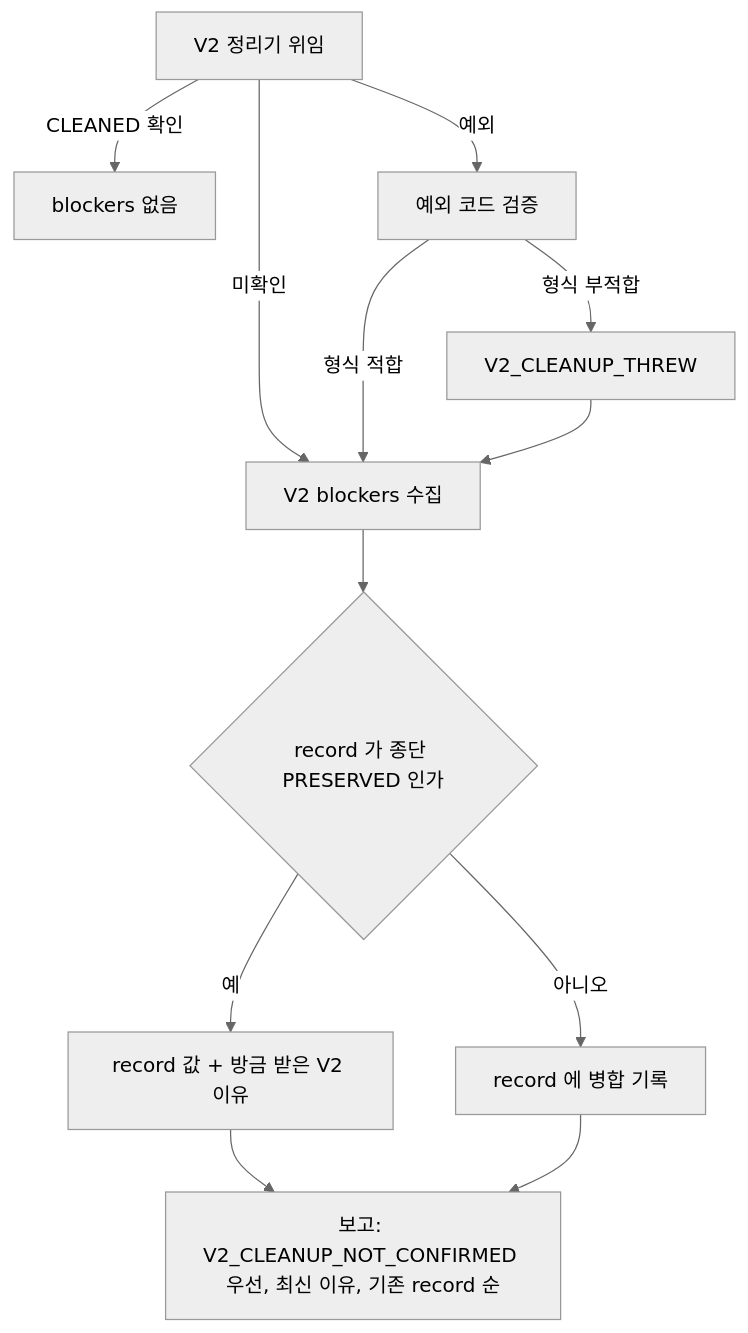
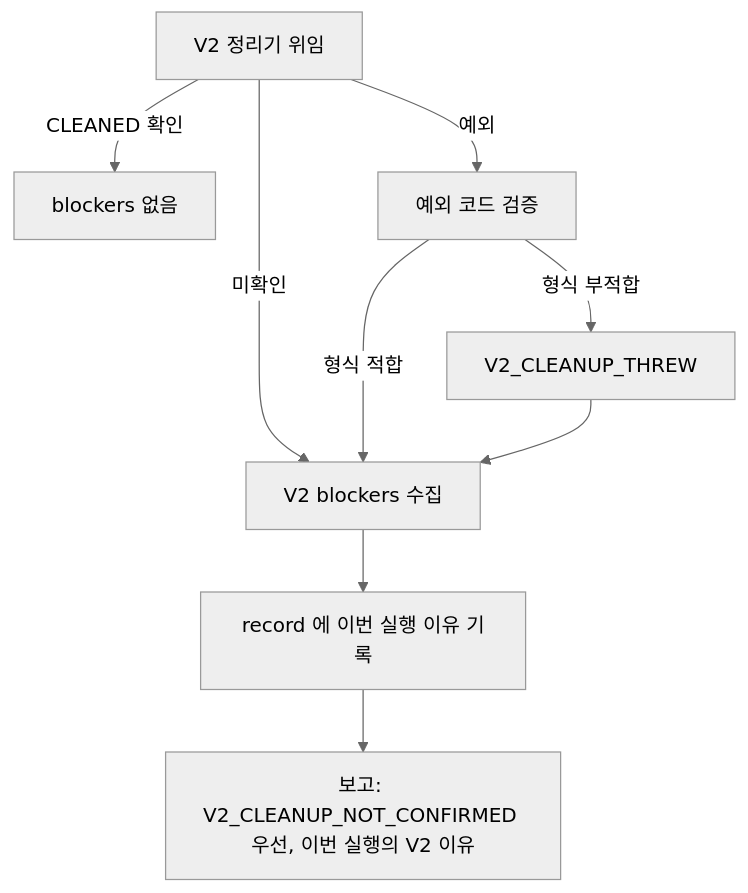
Before and after one commit to blackstarzck/topik-project-v13: the third of 4 diagrams in docs/operations/ai-development-pipeline.md, drawn with Mermaid (neutral theme). The commit also changed other lines of this file and 3 other files, not shown here.

````diff
--- a/docs/operations/ai-development-pipeline.md
+++ b/docs/operations/ai-development-pipeline.md
@@ -455,14 +455,11 @@
 ```mermaid
 flowchart TD
   A[V2 정리기 위임] -->|CLEANED 확인| B[blockers 없음]
   A -->|미확인| C[V2 blockers 수집]
   A -->|예외| D[예외 코드 검증]
   D -->|형식 적합| C
   D -->|형식 부적합| E[V2_CLEANUP_THREW]
   E --> C
-  C --> F{record 가 종단 PRESERVED 인가}
-  F -->|예| G[record 값 + 방금 받은 V2 이유]
-  F -->|아니오| H[record 에 병합 기록]
-  G --> I[보고: V2_CLEANUP_NOT_CONFIRMED 우선, 최신 이유, 기존 record 순]
-  H --> I
+  C --> H[record 에 이번 실행 이유 기록]
+  H --> I[보고: V2_CLEANUP_NOT_CONFIRMED 우선, 이번 실행의 V2 이유]
 ```
````
